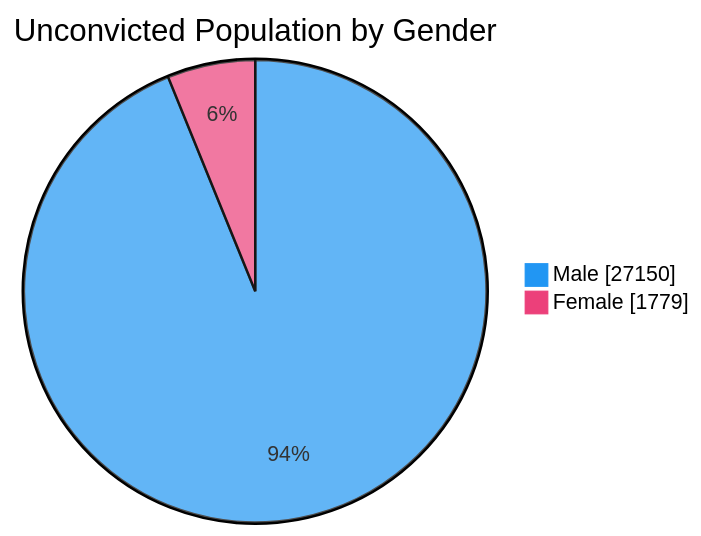
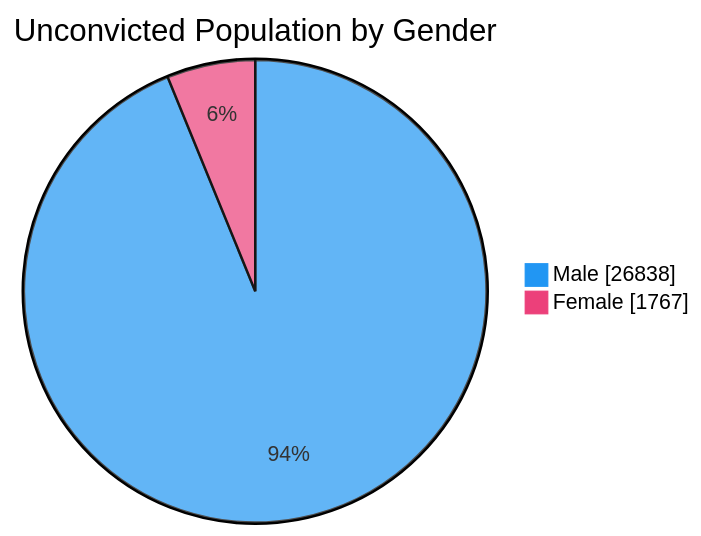
One commit to nuuuwan/lk_prisons changed the fourth of 7 diagrams in README.md. Above: the diagram before and after it, drawn with Mermaid. The commit also changed other lines of this file and 1 other file, not shown here.

````diff
--- a/README.md
+++ b/README.md
@@ -76,6 +76,6 @@
 ```mermaid
 %%{init: {'themeVariables': {'pie1': '#2196F3', 'pie2': '#EC407A'}}}%%
 pie showData title Unconvicted Population by Gender
-    "Male" : 27150
-    "Female" : 1779
+    "Male" : 26838
+    "Female" : 1767
 ```
````
